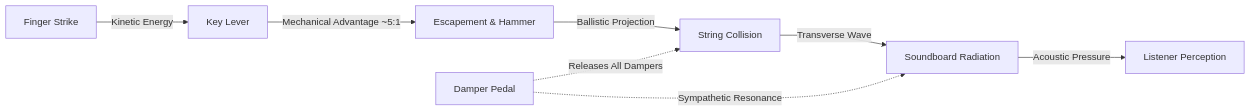
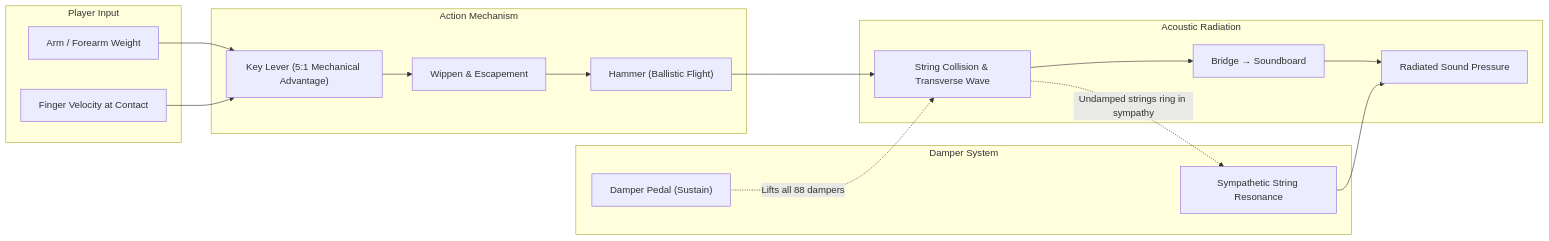
Before and after one commit to blebleblee/synapse: the first of 6 diagrams in topics/arts/music_performance/piano/labs.md, drawn with Mermaid. The commit also changed other lines of this file and 4 other files, not shown here.

````diff
--- a/topics/arts/music_performance/piano/labs.md
+++ b/topics/arts/music_performance/piano/labs.md
@@ -21,10 +31,35 @@
 ```mermaid
 graph LR
-    A["Finger Strike"] -->|"Kinetic Energy"| B["Key Lever"]
-    B -->|"Mechanical Advantage ~5:1"| C["Escapement & Hammer"]
-    C -->|"Ballistic Projection"| D["String Collision"]
-    D -->|"Transverse Wave"| E["Soundboard Radiation"]
-    E -->|"Acoustic Pressure"| F["Listener Perception"]
-    G["Damper Pedal"] -.->|"Releases All Dampers"| D
-    G -.->|"Sympathetic Resonance"| E
+    subgraph sub_input ["Player Input"]
+        A["Arm / Forearm Weight"]
+        B["Finger Velocity at Contact"]
+    end
+
+    subgraph sub_action ["Action Mechanism"]
+        C["Key Lever (5:1 Mechanical Advantage)"]
+        D["Wippen & Escapement"]
+        E["Hammer (Ballistic Flight)"]
+    end
+
+    subgraph sub_acoustic ["Acoustic Radiation"]
+        F["String Collision & Transverse Wave"]
+        G["Bridge → Soundboard"]
+        H["Radiated Sound Pressure"]
+    end
+
+    subgraph sub_pedal ["Damper System"]
+        I["Damper Pedal (Sustain)"]
+        J["Sympathetic String Resonance"]
+    end
+
+    A --> C
+    B --> C
+    C --> D
+    D --> E
+    E --> F
+    F --> G
+    G --> H
+    I -.->|"Lifts all 88 dampers"| F
+    F -.->|"Undamped strings ring in sympathy"| J
+    J --> H
 ```
````
